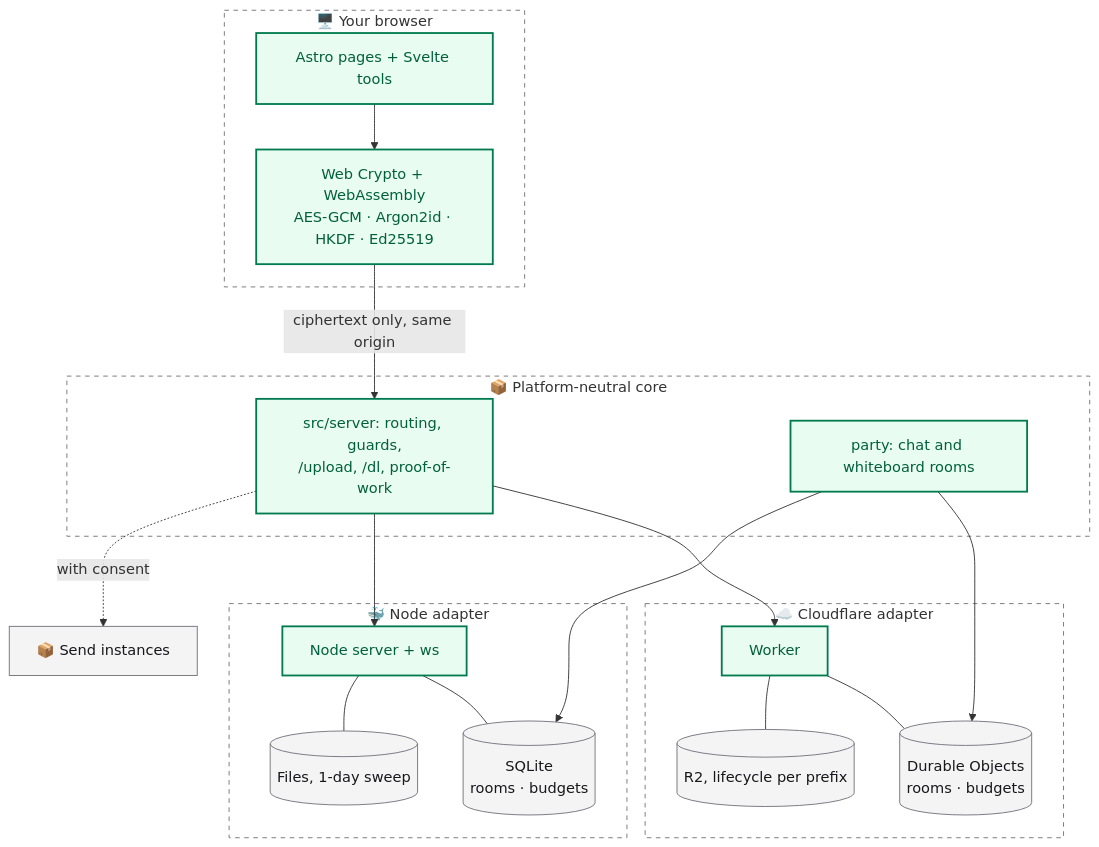
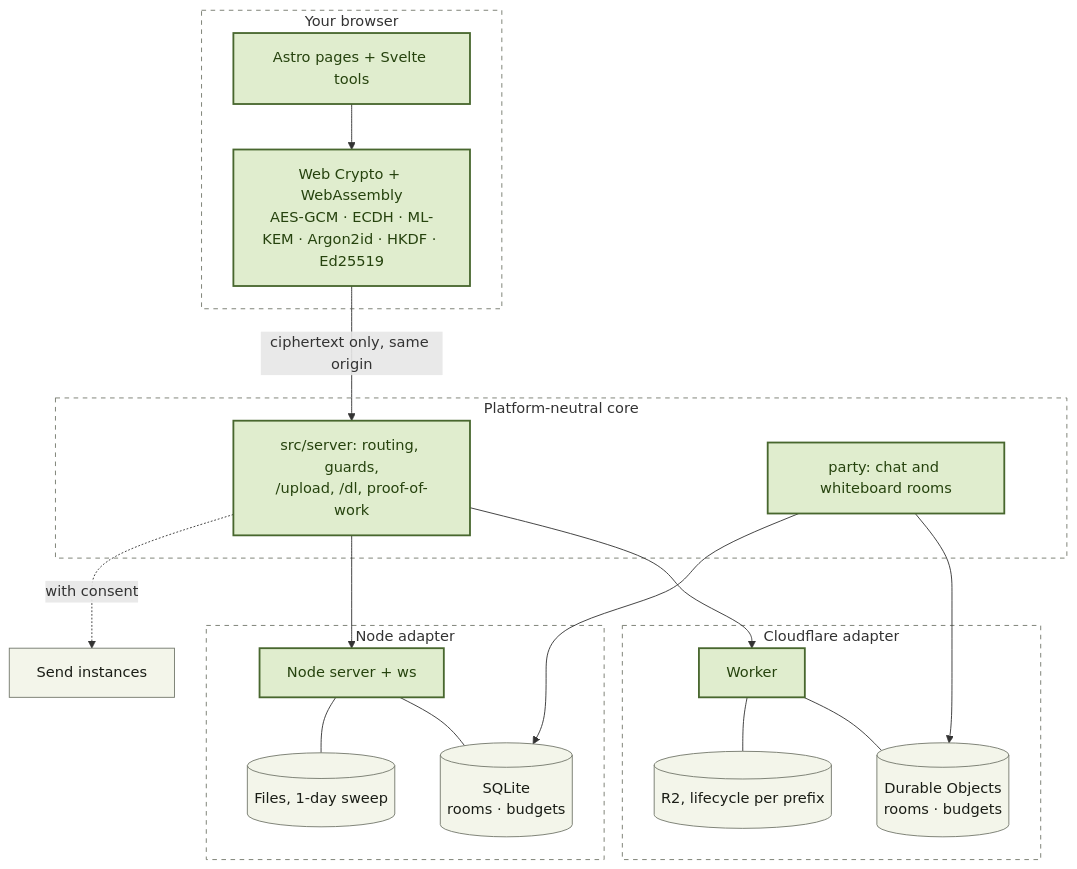
Before and after one commit to danielsebesta/encrypt: the second of 2 diagrams in README.md, drawn with Mermaid. The commit also changed other lines of this file and 18 other files, not shown here.

````diff
--- a/README.md
+++ b/README.md
@@ -182,33 +118,33 @@
 ```mermaid
 flowchart TB
-  subgraph Browser["🖥️ Your browser"]
-    UI["Astro pages + Svelte tools"] --> WC["Web Crypto + WebAssembly<br/>AES-GCM · Argon2id · HKDF · Ed25519"]
+  subgraph Browser["Your browser"]
+    UI["Astro pages + Svelte tools"] --> WC["Web Crypto + WebAssembly<br/>AES-GCM · ECDH · ML-KEM · Argon2id · HKDF · Ed25519"]
   end
-  subgraph Core["📦 Platform-neutral core"]
+  subgraph Core["Platform-neutral core"]
     APP["src/server: routing, guards,<br/>/upload, /dl, proof-of-work"]
     ROOMS["party: chat and whiteboard rooms"]
   end
-  subgraph CF["☁️ Cloudflare adapter"]
+  subgraph CF["Cloudflare adapter"]
     W["Worker"] --- DO[("Durable Objects<br/>rooms · budgets")]
     W --- R2[("R2, lifecycle per prefix")]
   end
-  subgraph NODE["🐳 Node adapter"]
+  subgraph NODE["Node adapter"]
     N["Node server + ws"] --- SQL[("SQLite<br/>rooms · budgets")]
     N --- FS[("Files, 1-day sweep")]
   end
   WC -- "ciphertext only, same origin" --> APP
   APP --> W
   APP --> N
   ROOMS --> DO
   ROOMS --> SQL
-  APP -. "with consent" .-> SEND["📦 Send instances"]
+  APP -. "with consent" .-> SEND["Send instances"]
 
-  classDef brand fill:#e9fcf1,stroke:#007a4f,color:#00603d,stroke-width:2px;
-  classDef neutral fill:#f4f4f5,stroke:#71717a,color:#18181b;
+  classDef brand fill:#e0edce,stroke:#48672e,color:#26430e,stroke-width:2px;
+  classDef neutral fill:#f3f5ea,stroke:#74796d,color:#1a1d16;
   class UI,WC,APP,ROOMS,W,N brand;
   class DO,R2,SQL,FS,SEND neutral;
-  style Browser fill:none,stroke:#71717a,stroke-dasharray:5 5
-  style Core fill:none,stroke:#71717a,stroke-dasharray:5 5
-  style CF fill:none,stroke:#71717a,stroke-dasharray:5 5
-  style NODE fill:none,stroke:#71717a,stroke-dasharray:5 5
+  style Browser fill:none,stroke:#74796d,stroke-dasharray:5 5
+  style Core fill:none,stroke:#74796d,stroke-dasharray:5 5
+  style CF fill:none,stroke:#74796d,stroke-dasharray:5 5
+  style NODE fill:none,stroke:#74796d,stroke-dasharray:5 5
 ```
````
